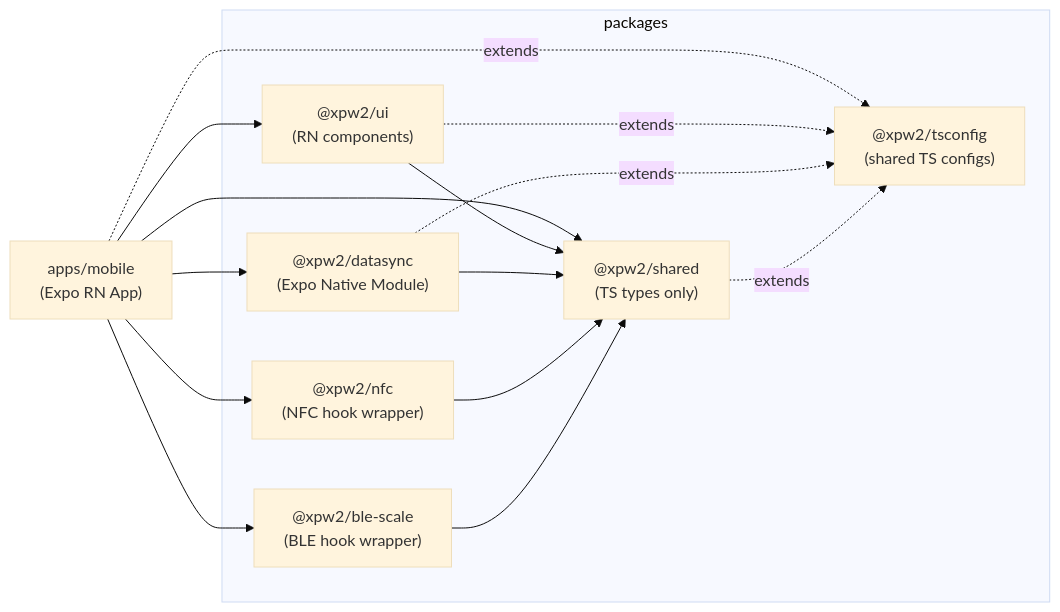
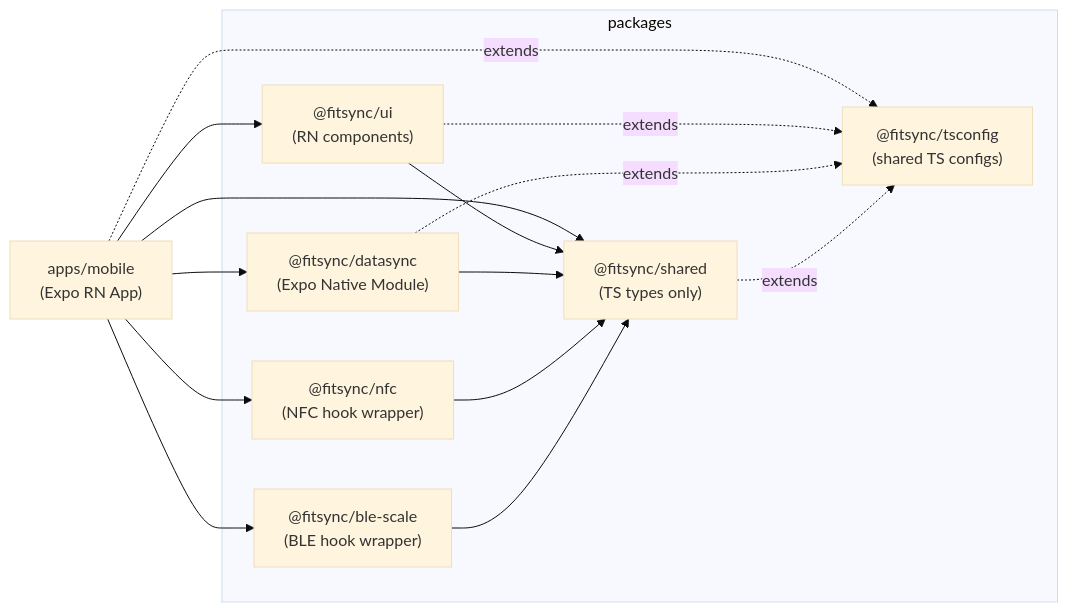
The fourth of 16 diagrams in docs/GUIDE.md (vohoangvietuit/ReactNativeExpoRoom), drawn with Mermaid (base theme) before and after one commit. The commit also changed other lines of this file and 73 other files, not shown here.

````diff
--- a/docs/GUIDE.md
+++ b/docs/GUIDE.md
@@ -261,29 +261,29 @@
 ```mermaid
 graph LR
     mobile["apps/mobile\n(Expo RN App)"]
 
     subgraph packages
-        shared["@xpw2/shared\n(TS types only)"]
-        ui["@xpw2/ui\n(RN components)"]
-        datasync["@xpw2/datasync\n(Expo Native Module)"]
-        nfc["@xpw2/nfc\n(NFC hook wrapper)"]
-        ble["@xpw2/ble-scale\n(BLE hook wrapper)"]
-        tsconfig["@xpw2/tsconfig\n(shared TS configs)"]
+        shared["@fitsync/shared\n(TS types only)"]
+        ui["@fitsync/ui\n(RN components)"]
+        datasync["@fitsync/datasync\n(Expo Native Module)"]
+        nfc["@fitsync/nfc\n(NFC hook wrapper)"]
+        ble["@fitsync/ble-scale\n(BLE hook wrapper)"]
+        tsconfig["@fitsync/tsconfig\n(shared TS configs)"]
     end
 
     mobile --> shared
     mobile --> ui
     mobile --> datasync
     mobile --> nfc
     mobile --> ble
 
     ui --> shared
     datasync --> shared
     nfc --> shared
     ble --> shared
 
     mobile -.->|extends| tsconfig
     ui -.->|extends| tsconfig
     datasync -.->|extends| tsconfig
     shared -.->|extends| tsconfig
 ```
````
